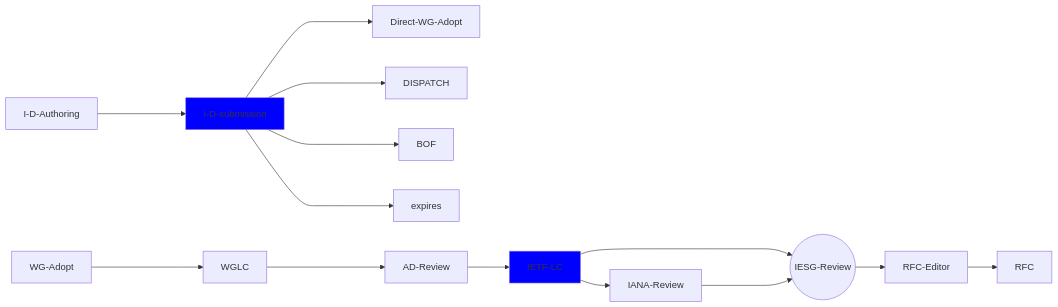
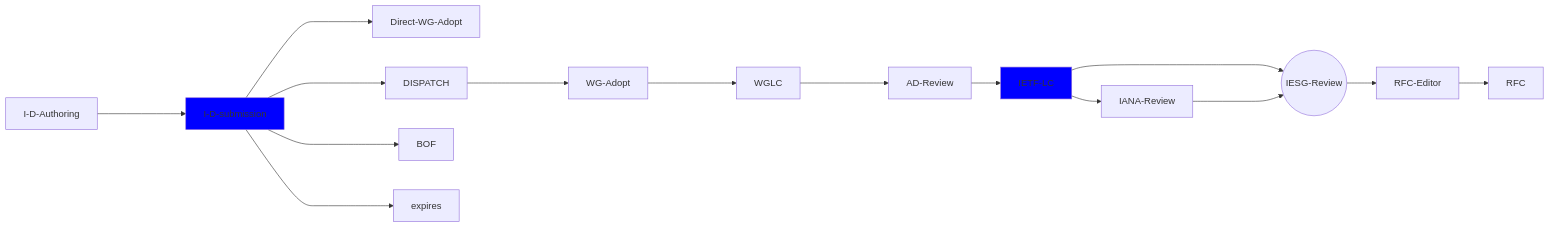
The diagram in index.md (ghwood/ietf-i-d-process), drawn with Mermaid before and after one commit.

````diff
--- a/index.md
+++ b/index.md
@@ -16,25 +16,26 @@
 ```mermaid
 graph LR
     classDef I-D-Authoring fill:orange
     classDef lastIETF fill:blue
     classDef I-D-submit fill:blue
     
     I-D-Authoring ----> I-D-submission
     class I-D-submission I-D-submit
     I-D-submission ----> Direct-WG-Adopt
     I-D-submission ----> DISPATCH
     I-D-submission ----> BOF
     I-D-submission ----> expires
+    DISPATCH ----> WG-Adopt
     WG-Adopt ----> WGLC
     WGLC ----> AD-Review
     AD-Review --> IETF-LC
     class IETF-LC lastIETF
     IETF-LC --> IANA-Review 
     IETF-LC ----> IESG-Review((IESG-Review))
     class IESG-Review current
     IANA-Review ----> IESG-Review
     IESG-Review --> RFC-Editor
     RFC-Editor --> RFC
 
 
 ```
````
